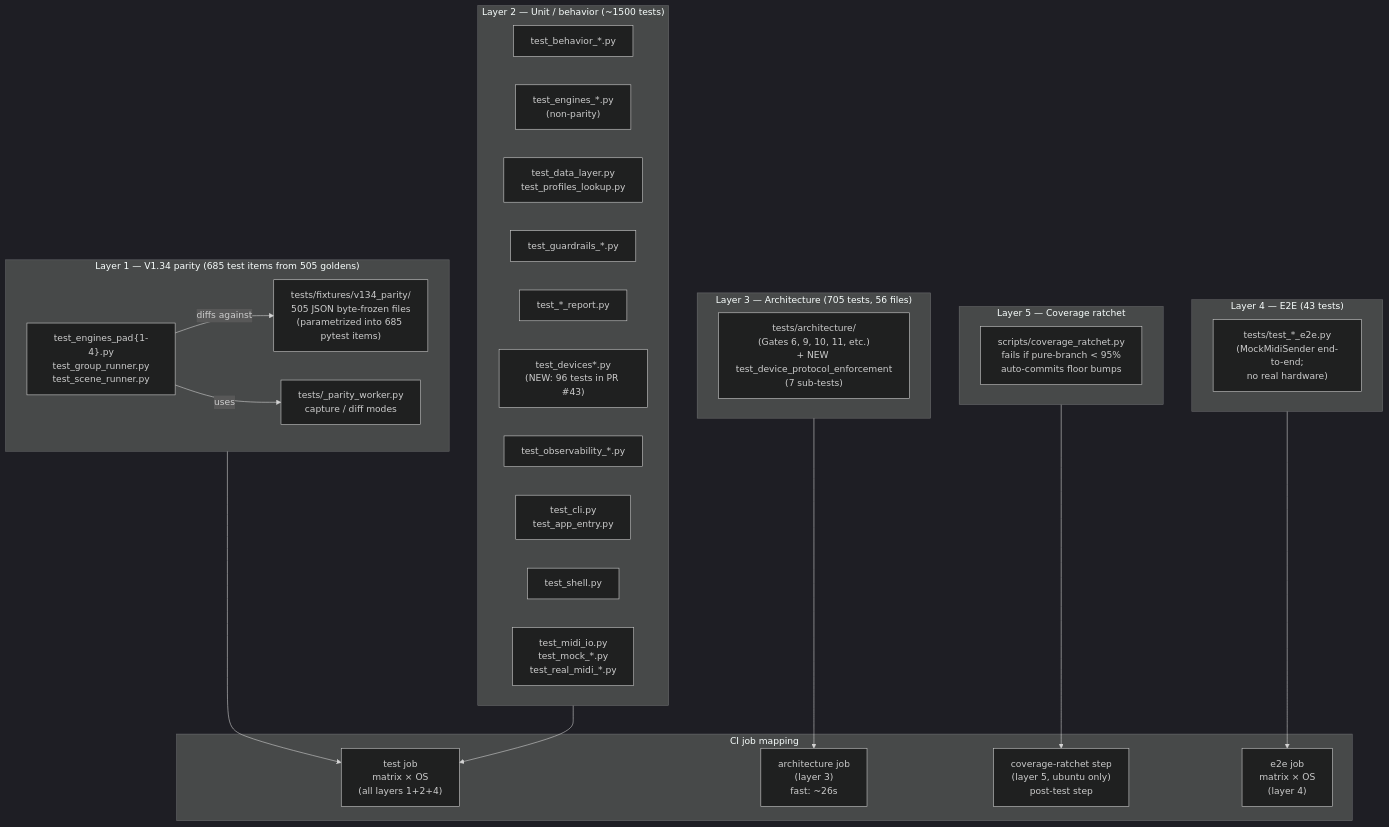
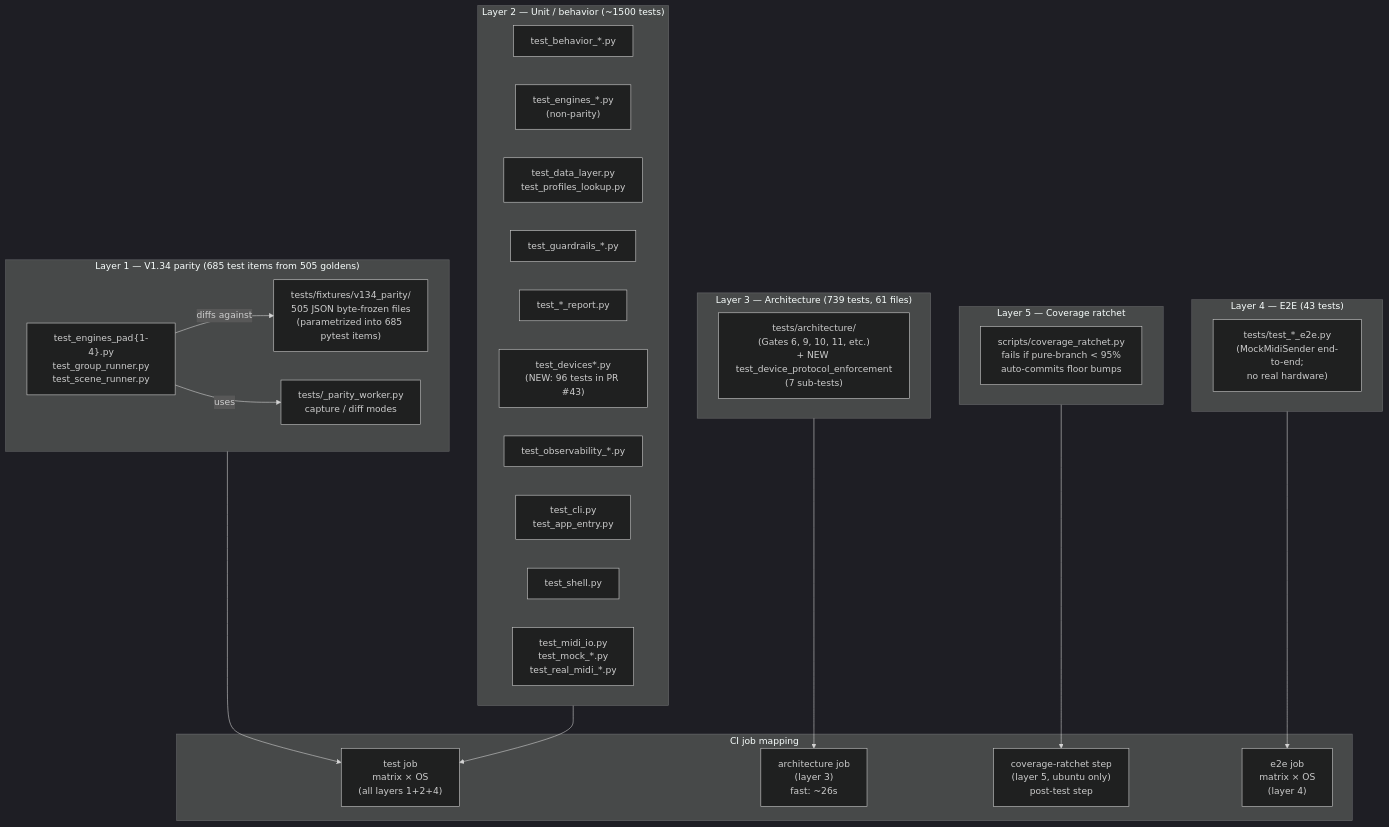
Before and after one commit to buzzijose-hub/RytmRandomizer: diagram 13 of 34 in docs/ARCHITECTURE_DIAGRAMS.md, drawn with Mermaid (dark theme). The commit also changed other lines of this file and 79 other files, not shown here.

````diff
--- a/docs/ARCHITECTURE_DIAGRAMS.md
+++ b/docs/ARCHITECTURE_DIAGRAMS.md
@@ -981,49 +998,49 @@
 ```mermaid
 flowchart TB
     subgraph Layer1["Layer 1 — V1.34 parity (685 test items from 505 goldens)"]
         Goldens["tests/fixtures/v134_parity/<br/>505 JSON byte-frozen files<br/>(parametrized into 685 pytest items)"]
         ParityTests["test_engines_pad{1-4}.py<br/>test_group_runner.py<br/>test_scene_runner.py"]
         ParityWorker["tests/_parity_worker.py<br/>capture / diff modes"]
     end
 
     subgraph Layer2["Layer 2 — Unit / behavior (~1500 tests)"]
         BehaviorTests["test_behavior_*.py"]
         EngineUnits["test_engines_*.py<br/>(non-parity)"]
         DataTests["test_data_layer.py<br/>test_profiles_lookup.py"]
         GuardrailsTests["test_guardrails_*.py"]
         ReportsTests["test_*_report.py"]
         DeviceTests["test_devices*.py<br/>(NEW: 96 tests in PR #43)"]
         ObservabilityTests["test_observability_*.py"]
         CliTests["test_cli.py<br/>test_app_entry.py"]
         ShellTests["test_shell.py"]
         MidiTests["test_midi_io.py<br/>test_mock_*.py<br/>test_real_midi_*.py"]
     end
 
-    subgraph Layer3["Layer 3 — Architecture (705 tests, 56 files)"]
+    subgraph Layer3["Layer 3 — Architecture (739 tests, 61 files)"]
         ArchTests["tests/architecture/<br/>(Gates 6, 9, 10, 11, etc.)<br/>+ NEW test_device_protocol_enforcement<br/>(7 sub-tests)"]
     end
 
     subgraph Layer4["Layer 4 — E2E (43 tests)"]
         E2ETests["tests/test_*_e2e.py<br/>(MockMidiSender end-to-end;<br/>no real hardware)"]
     end
 
     subgraph Layer5["Layer 5 — Coverage ratchet"]
         CovScript["scripts/coverage_ratchet.py<br/>fails if pure-branch < 95%<br/>auto-commits floor bumps"]
     end
 
     subgraph CIJobs["CI job mapping"]
         TestJob["test job<br/>matrix × OS<br/>(all layers 1+2+4)"]
         ArchJob["architecture job<br/>(layer 3)<br/>fast: ~26s"]
         CovJob["coverage-ratchet step<br/>(layer 5, ubuntu only)<br/>post-test step"]
         E2EJob["e2e job<br/>matrix × OS<br/>(layer 4)"]
     end
 
     Layer1 --> TestJob
     Layer2 --> TestJob
     Layer3 --> ArchJob
     Layer4 --> E2EJob
     Layer5 --> CovJob
 
     ParityTests -->|"diffs against"| Goldens
     ParityTests -->|"uses"| ParityWorker
 ```
````
